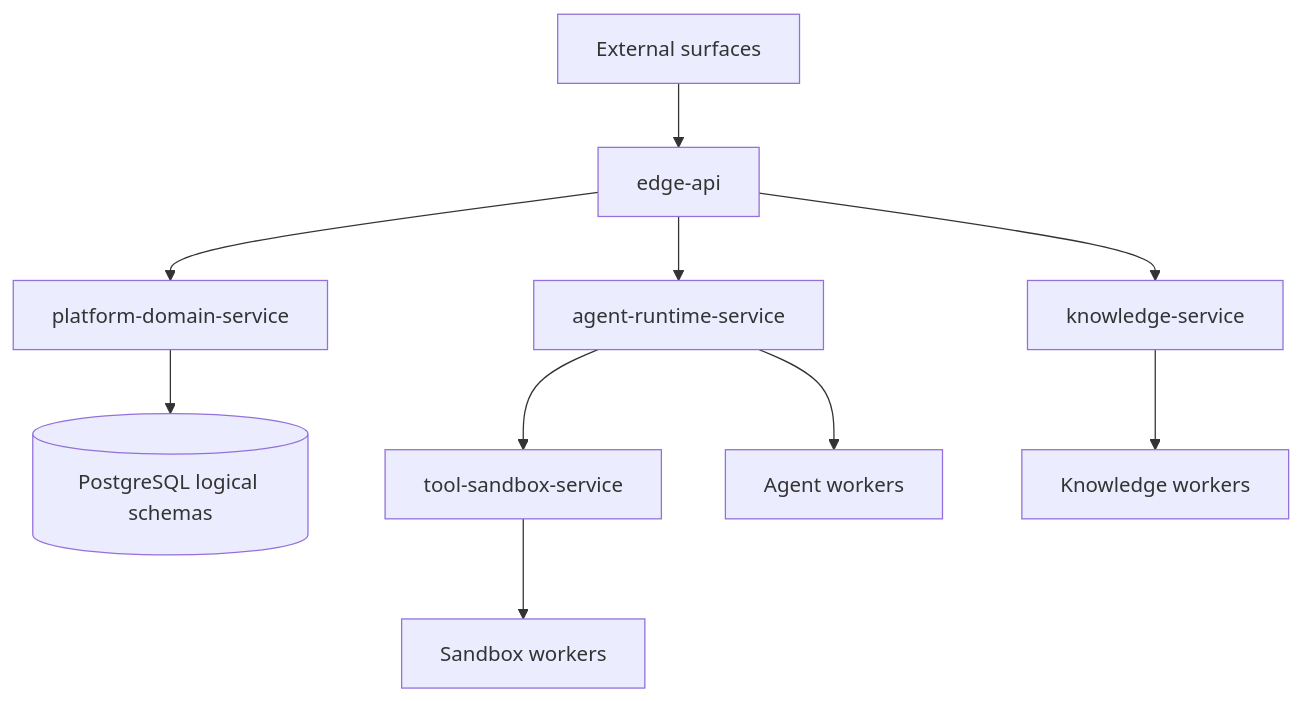
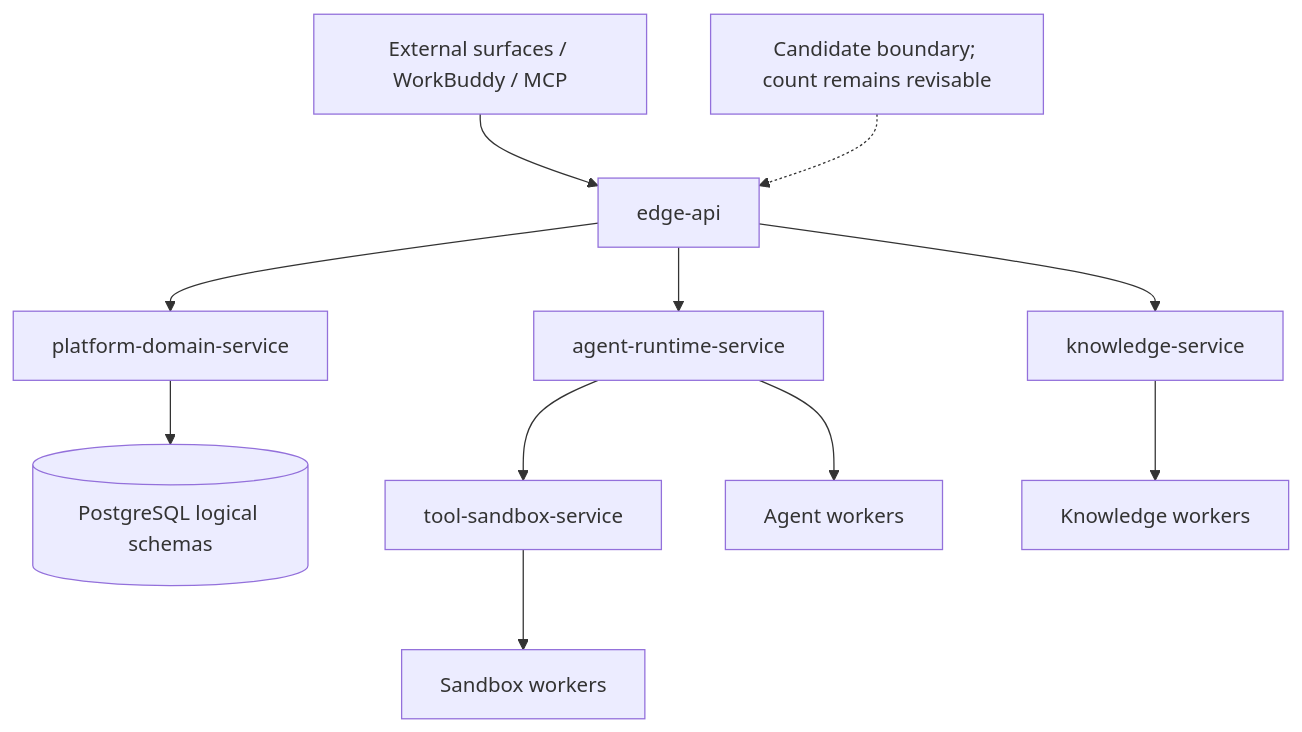
The ninth of 14 diagrams in docs/project/architecture/architecture-views.md (ProfessorZhi/Zuno), drawn with Mermaid before and after one commit. The commit also changed other lines of this file and 27 other files, not shown here.

Commit message:
docs: apply approved canonical architecture target

````diff
--- a/docs/project/architecture/architecture-views.md
+++ b/docs/project/architecture/architecture-views.md
@@ -130,12 +134,13 @@
 ```mermaid
 flowchart TB
-  CLIENT[External surfaces] --> EDGE[edge-api]
+  CLIENT[External surfaces / WorkBuddy / MCP] --> EDGE[edge-api]
   EDGE --> PLATFORM[platform-domain-service]
   EDGE --> AGENT[agent-runtime-service]
   EDGE --> KNOW[knowledge-service]
   AGENT --> TOOL[tool-sandbox-service]
   KNOW --> WK[Knowledge workers]
   AGENT --> AW[Agent workers]
   TOOL --> SW[Sandbox workers]
   PLATFORM --> DB[(PostgreSQL logical schemas)]
+  NOTE[Candidate boundary; count remains revisable] -.-> EDGE
 ```
````
